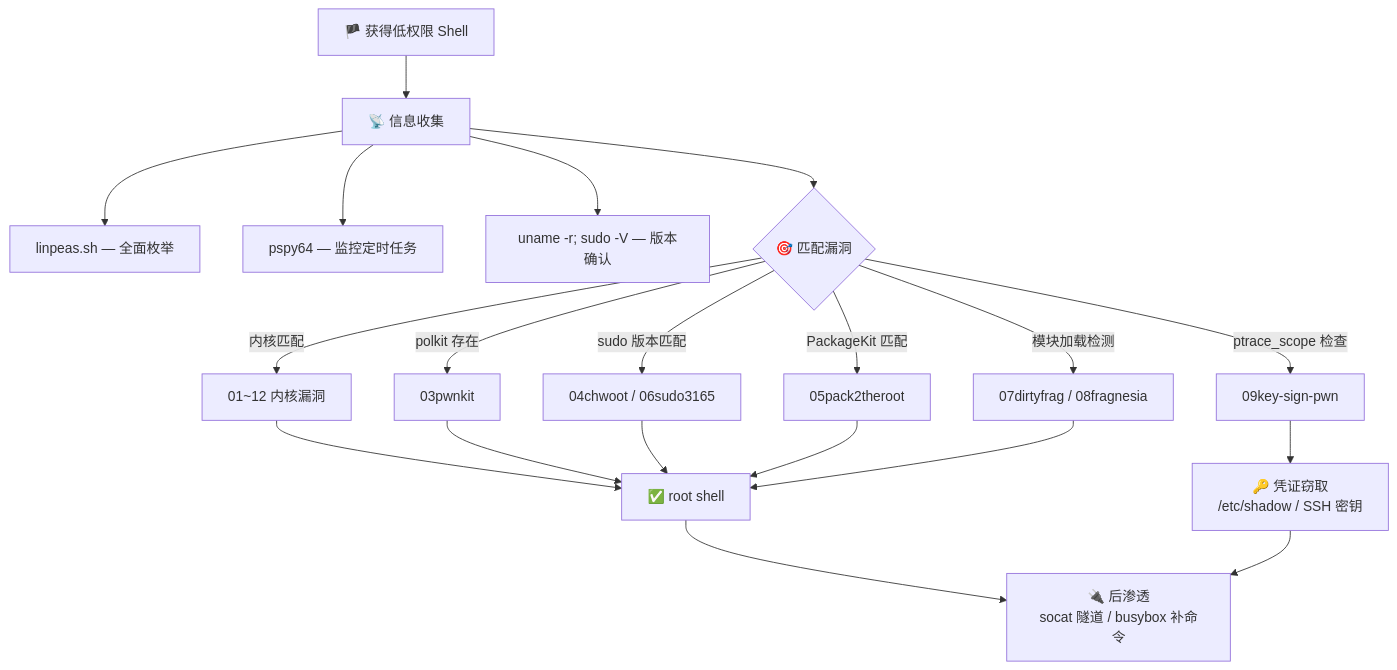
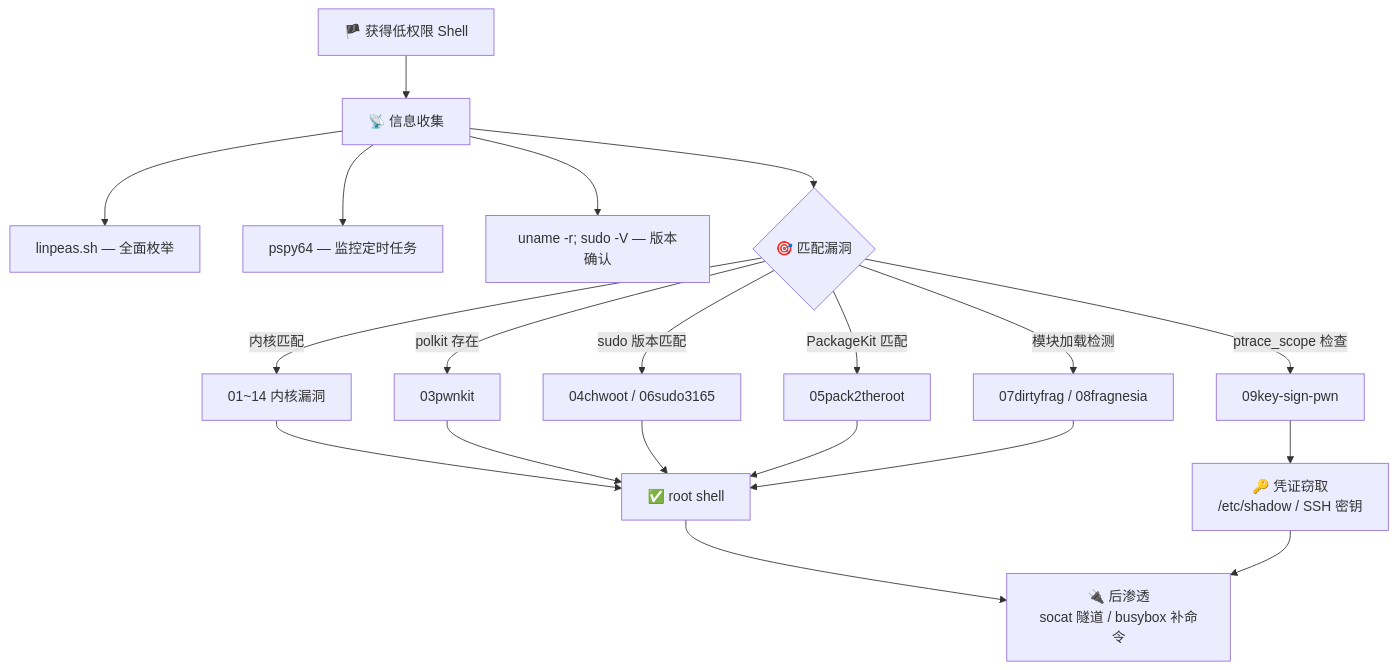
The diagram in README.md (Apursuit/ll-privesc-kit), drawn with Mermaid before and after one commit. The commit also changed other lines of this file and 5 other files, not shown here.

````diff
--- a/README.md
+++ b/README.md
@@ -102,22 +107,22 @@
 ```mermaid
 flowchart TD
     A["🏴 获得低权限 Shell"] --> B["📡 信息收集"]
     B --> B1["linpeas.sh — 全面枚举"]
     B --> B2["pspy64 — 监控定时任务"]
     B --> B3["uname -r; sudo -V — 版本确认"]
     B --> C{"🎯 匹配漏洞"}
-    C -->|"内核匹配"| D["01~12 内核漏洞"]
+    C -->|"内核匹配"| D["01~14 内核漏洞"]
     C -->|"polkit 存在"| E["03pwnkit"]
     C -->|"sudo 版本匹配"| F["04chwoot / 06sudo3165"]
     C -->|"PackageKit 匹配"| G["05pack2theroot"]
     C -->|"模块加载检测"| J["07dirtyfrag / 08fragnesia"]
     C -->|"ptrace_scope 检查"| K["09key-sign-pwn"]
     D --> H["✅ root shell"]
     E --> H
     F --> H
     G --> H
     J --> H
     K --> L["🔑 凭证窃取<br>/etc/shadow / SSH 密钥"]
     H --> I["🔌 后渗透<br>socat 隧道 / busybox 补命令"]
     L --> I
 ```
````
